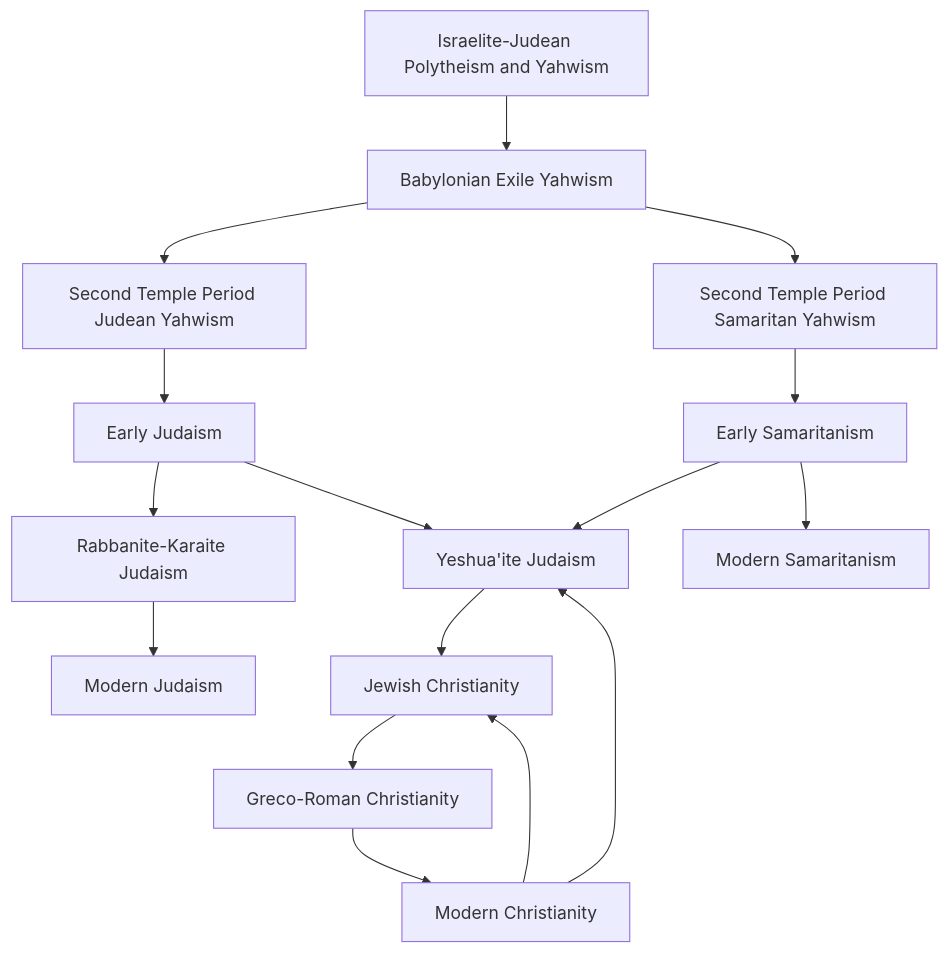
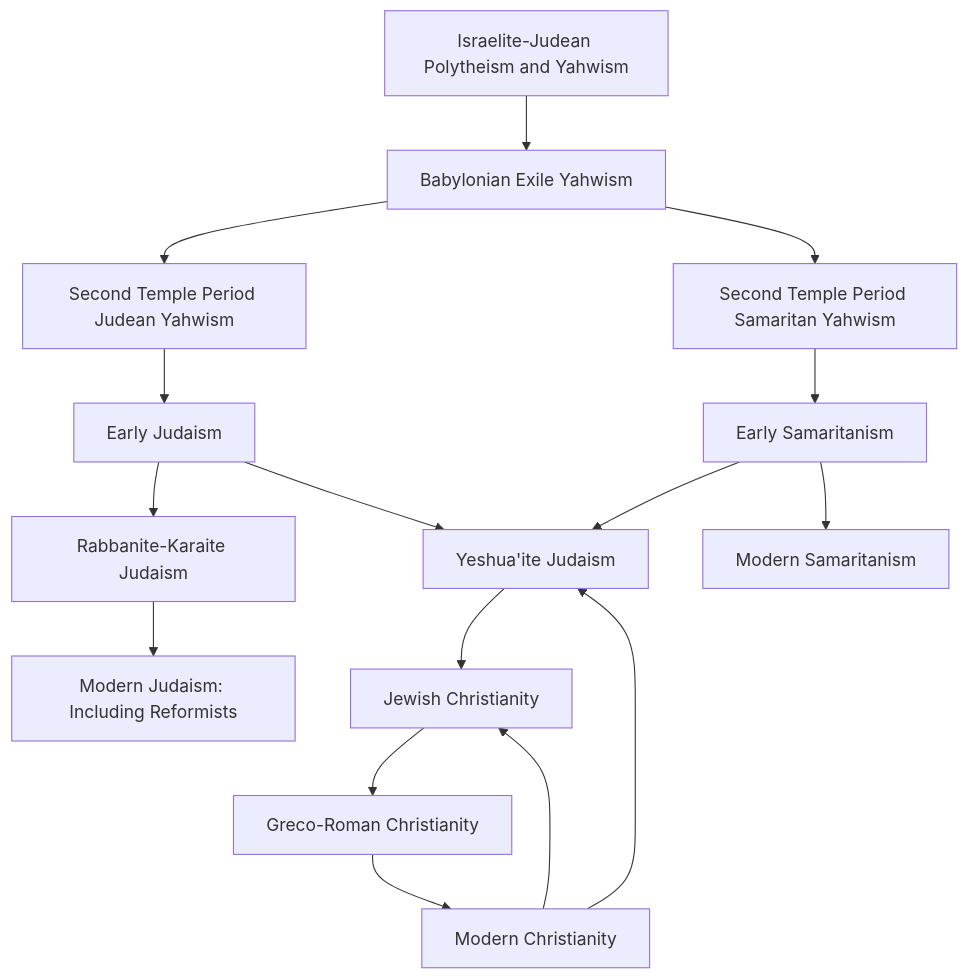
One commit to bendqh1/mermaid changed the diagram in religion/emergence_of_judaism_and_samaritanism.mermaid. Above: the diagram before and after it, drawn with Mermaid.

```diff
--- a/religion/emergence_of_judaism_and_samaritanism.mermaid
+++ b/religion/emergence_of_judaism_and_samaritanism.mermaid
@@ -1,20 +1,20 @@
 flowchart TD
     A1[Israelite-Judean Polytheism and Yahwism]
     A1 --> A2[Babylonian Exile Yahwism]
     A2 --> A3[Second Temple Period Judean Yahwism] 
     A2 --> A4[Second Temple Period Samaritan Yahwism]
 
     A3 --> B1[Early Judaism]
     A4 --> B2[Early Samaritanism]
 
     B1 --> C1[Rabbanite-Karaite Judaism]
     B1 & B2 --> C2[Yeshua'ite Judaism]
 
-    C1 --> D1[Modern Judaism]
+    C1 --> D1[Modern Judaism: Including Reformists]
     B2 --> D2[Modern Samaritanism]
     
     C2 --> XX1[Jewish Christianity]
     XX1 --> XX2[Greco-Roman Christianity]
     XX2 --> XX3[Modern Christianity]
 
     XX3 --> C2 & XX1
```
